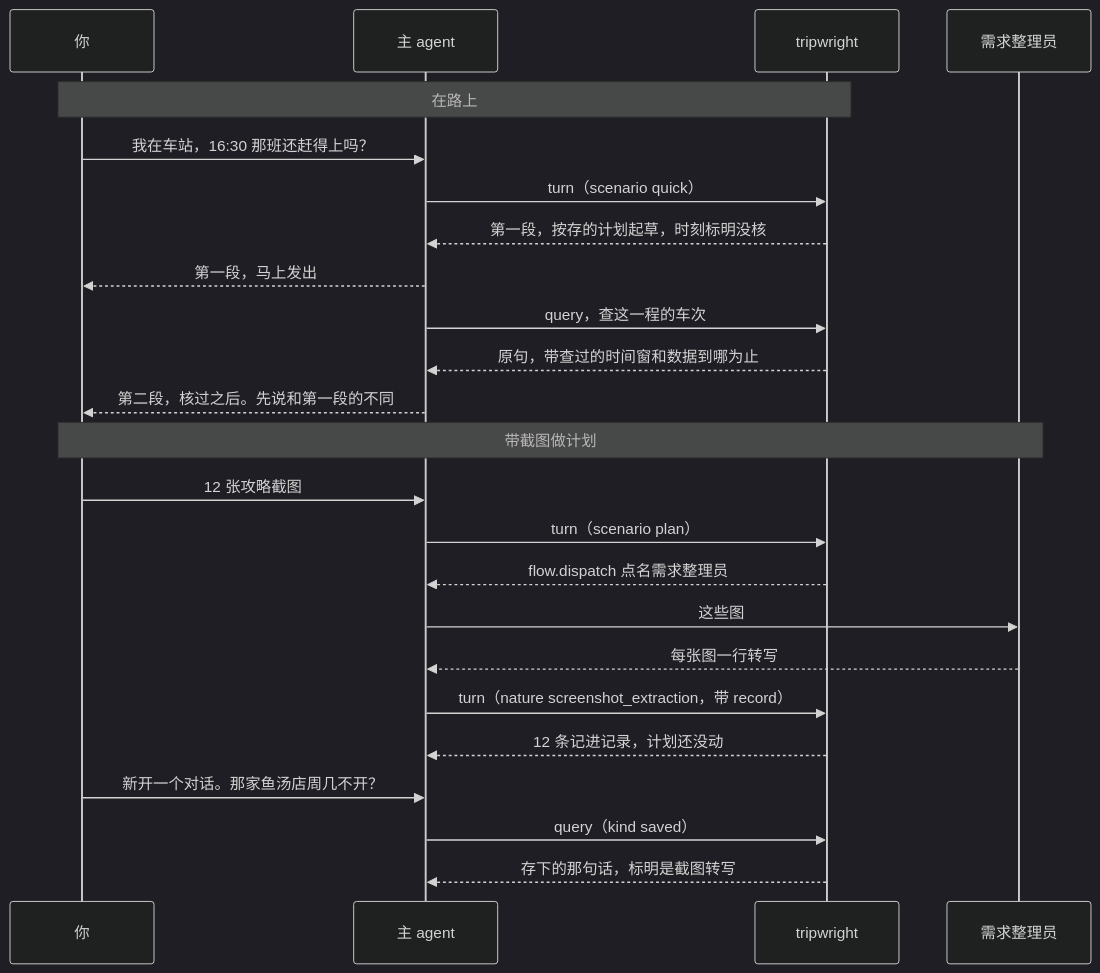
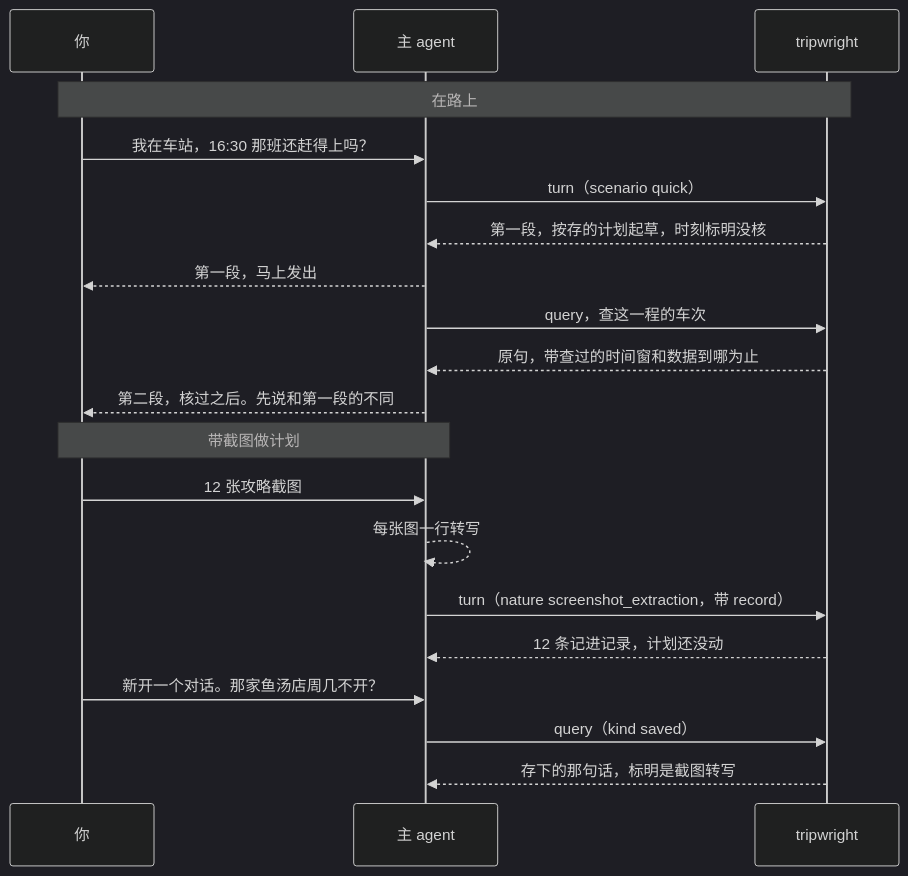
Before and after one commit to zlxdengtianhei/tripwright: the third of 3 diagrams in README.zh-CN.md, drawn with Mermaid (dark theme). The commit also changed other lines of this file and 37 other files, not shown here.

````diff
--- a/README.zh-CN.md
+++ b/README.zh-CN.md
@@ -57,26 +56,22 @@
 ```mermaid
 sequenceDiagram
     participant U as 你
     participant M as 主 agent
     participant S as tripwright
-    participant R as 需求整理员
     Note over U,S: 在路上
     U->>M: 我在车站，16:30 那班还赶得上吗？
     M->>S: turn（scenario quick）
     S-->>M: 第一段，按存的计划起草，时刻标明没核
     M-->>U: 第一段，马上发出
     M->>S: query，查这一程的车次
     S-->>M: 原句，带查过的时间窗和数据到哪为止
     M-->>U: 第二段，核过之后。先说和第一段的不同
-    Note over U,R: 带截图做计划
+    Note over U,M: 带截图做计划
     U->>M: 12 张攻略截图
-    M->>S: turn（scenario plan）
-    S-->>M: flow.dispatch 点名需求整理员
-    M->>R: 这些图
-    R-->>M: 每张图一行转写
+    M-->>M: 每张图一行转写
     M->>S: turn（nature screenshot_extraction，带 record）
     S-->>M: 12 条记进记录，计划还没动
     U->>M: 新开一个对话。那家鱼汤店周几不开？
     M->>S: query（kind saved）
     S-->>M: 存下的那句话，标明是截图转写
 ```
````
